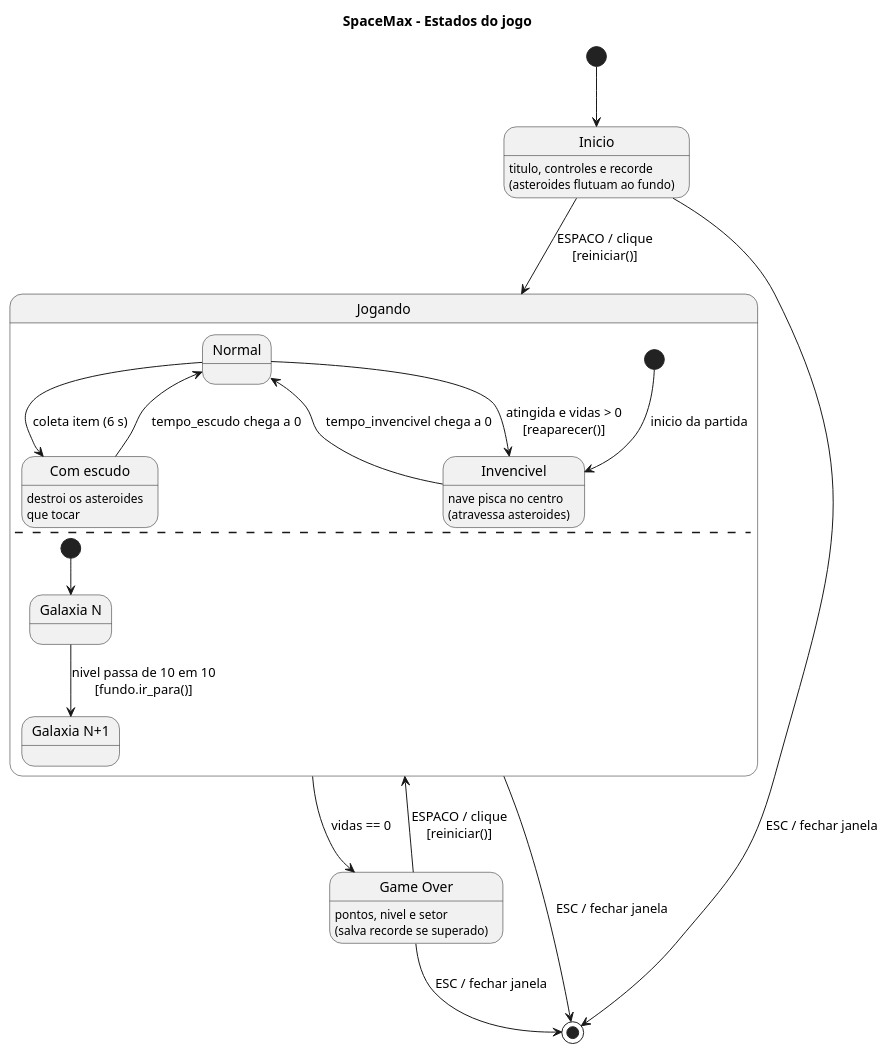
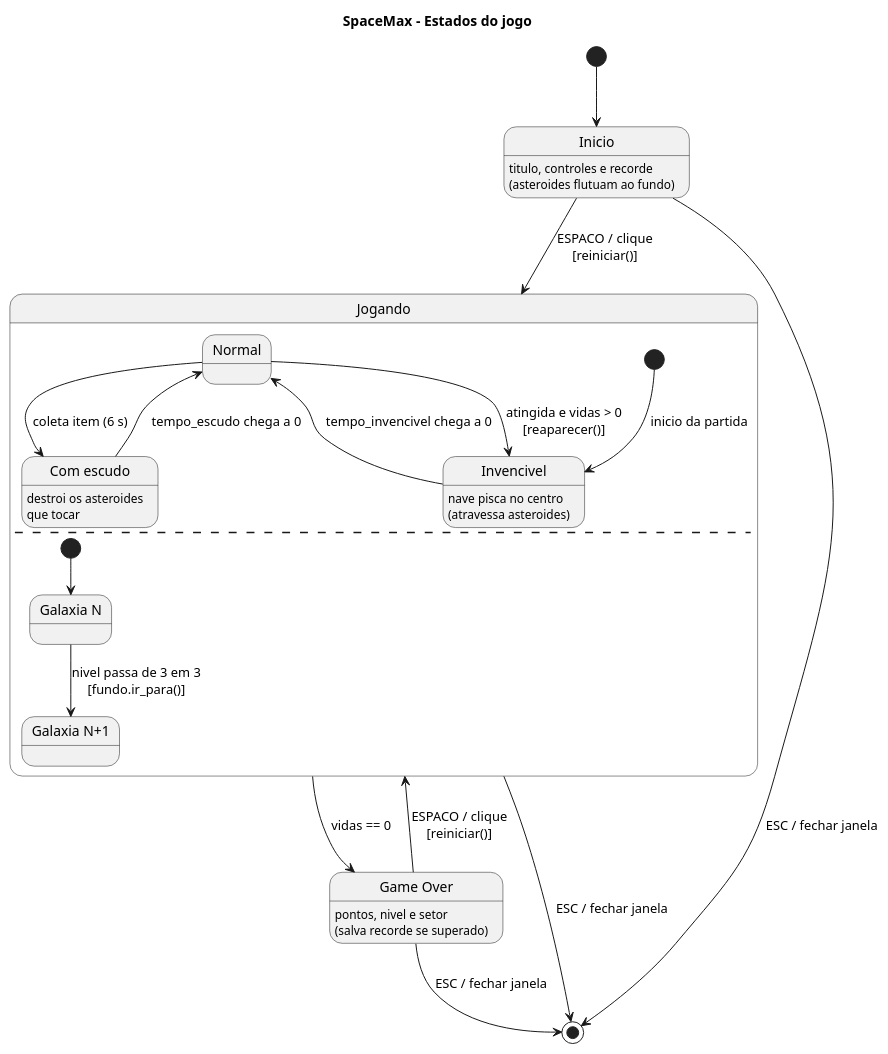
One commit to viniciussantos184/SpaceMax changed the diagram in docs/uml/estados.puml. Above: the diagram before and after it, drawn with PlantUML. The commit also changed 8 other files, not shown here.

```diff
--- a/docs/uml/estados.puml
+++ b/docs/uml/estados.puml
@@ -1,33 +1,33 @@
 @startuml estados
 title SpaceMax - Estados do jogo
 
 [*] --> Inicio
 
 state "Inicio" as Inicio : titulo, controles e recorde\n(asteroides flutuam ao fundo)
 state "Jogando" as Jogando {
   state "Normal" as Normal
   state "Invencivel" as Invencivel : nave pisca no centro\n(atravessa asteroides)
   state "Com escudo" as Escudo : destroi os asteroides\nque tocar
 
   [*] --> Invencivel : inicio da partida
   Invencivel --> Normal : tempo_invencivel chega a 0
   Normal --> Invencivel : atingida e vidas > 0\n[reaparecer()]
   Normal --> Escudo : coleta item (6 s)
   Escudo --> Normal : tempo_escudo chega a 0
   --
   state "Galaxia N" as GalaxiaN
   state "Galaxia N+1" as GalaxiaN1
   [*] --> GalaxiaN
-  GalaxiaN --> GalaxiaN1 : nivel passa de 10 em 10\n[fundo.ir_para()]
+  GalaxiaN --> GalaxiaN1 : nivel passa de 3 em 3\n[fundo.ir_para()]
 }
 state "Game Over" as GameOver : pontos, nivel e setor\n(salva recorde se superado)
 
 Inicio --> Jogando : ESPACO / clique\n[reiniciar()]
 Jogando --> GameOver : vidas == 0
 GameOver --> Jogando : ESPACO / clique\n[reiniciar()]
 
 Inicio --> [*] : ESC / fechar janela
 Jogando --> [*] : ESC / fechar janela
 GameOver --> [*] : ESC / fechar janela
 
 @enduml
```
